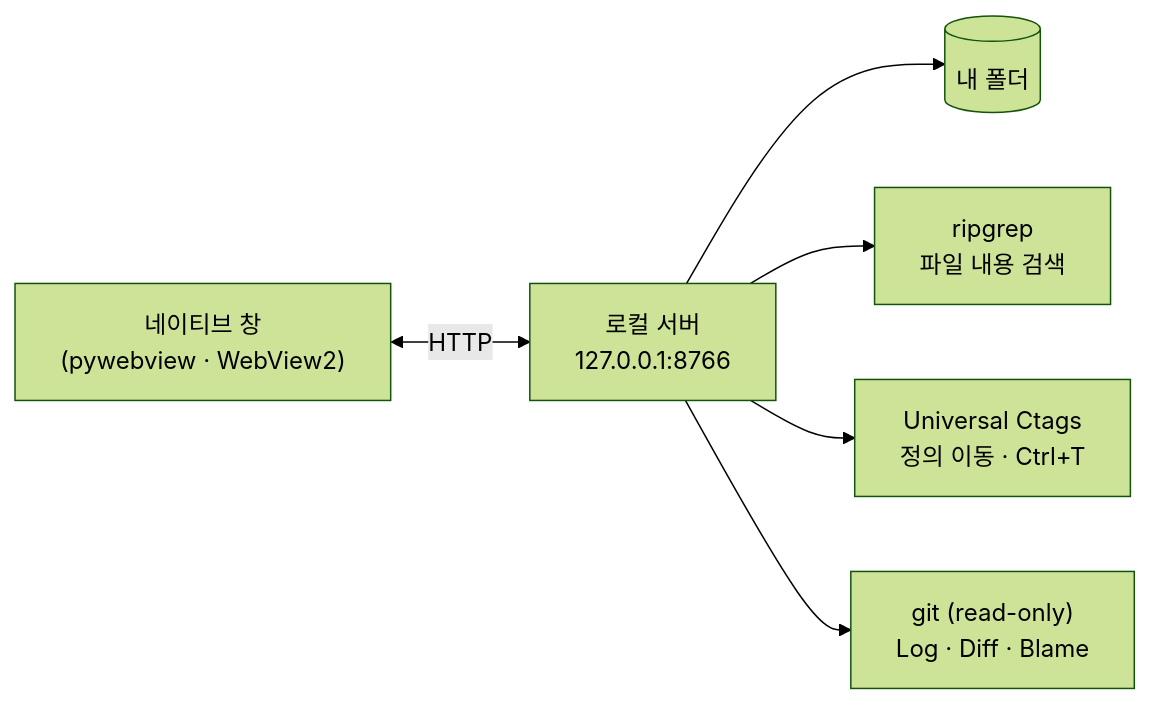
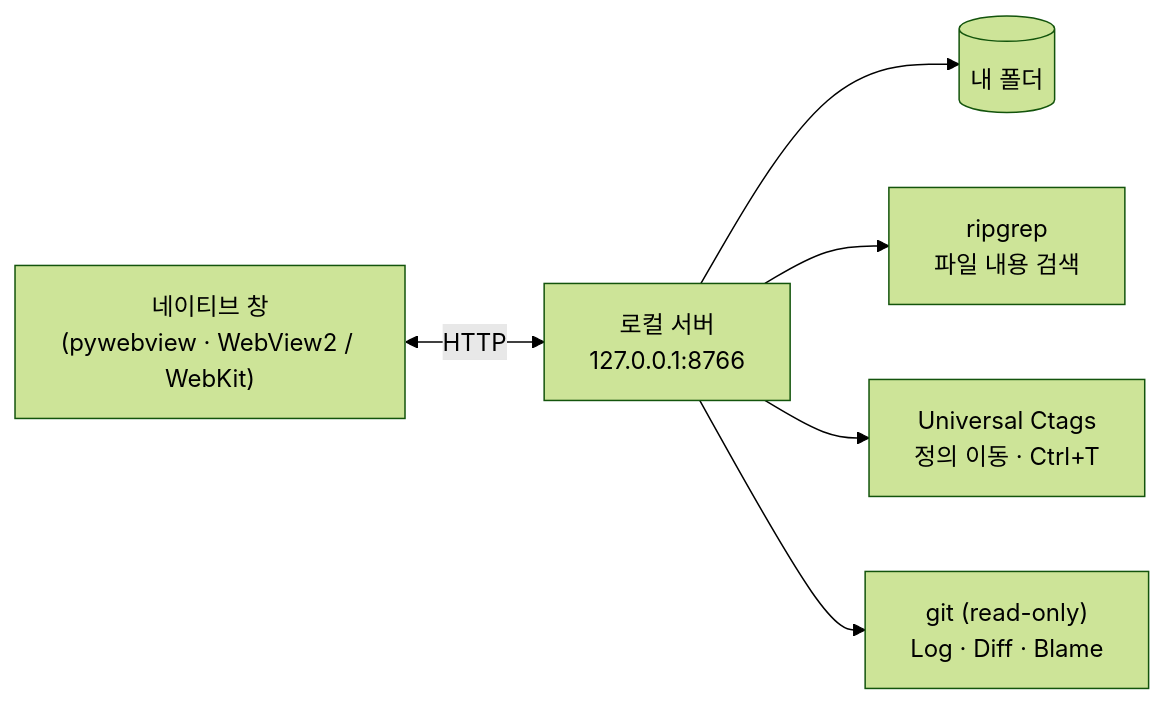
Before and after one commit to dongliquan/ReadO: the diagram in README.ko.md, drawn with Mermaid (forest theme). The commit also changed other lines of this file and 16 other files, not shown here.

Commit message:
macOS support: WebKit window, Finder/Trash, build_mac.sh, mac ripgrep, CI and release for mac; README mentions macOS

````diff
--- a/README.ko.md
+++ b/README.ko.md
@@ -21,8 +21,8 @@
 ```mermaid
 flowchart LR
-  W["네이티브 창<br/>(pywebview · WebView2)"] <-->|HTTP| S["로컬 서버<br/>127.0.0.1:8766"]
+  W["네이티브 창<br/>(pywebview · WebView2 / WebKit)"] <-->|HTTP| S["로컬 서버<br/>127.0.0.1:8766"]
   S --> F[("내 폴더")]
   S --> R["ripgrep<br/>파일 내용 검색"]
   S --> C["Universal Ctags<br/>정의 이동 · Ctrl+T"]
   S --> G["git (read-only)<br/>Log · Diff · Blame"]
 ```
````
